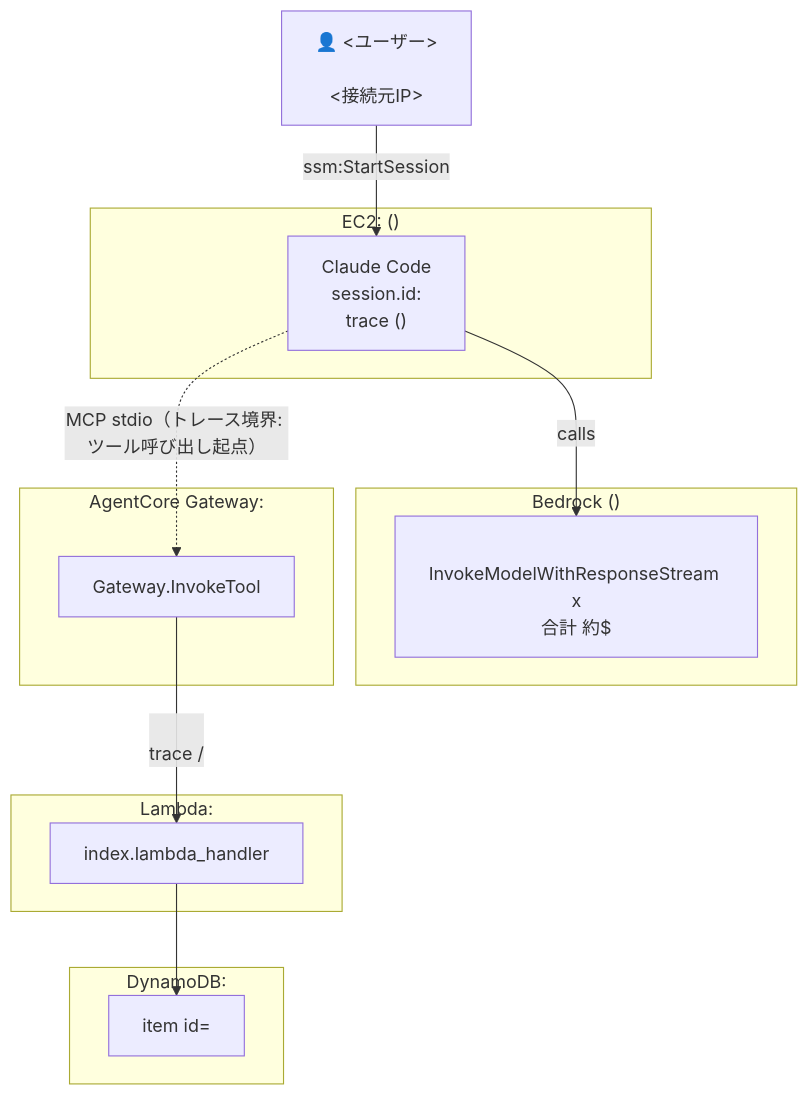
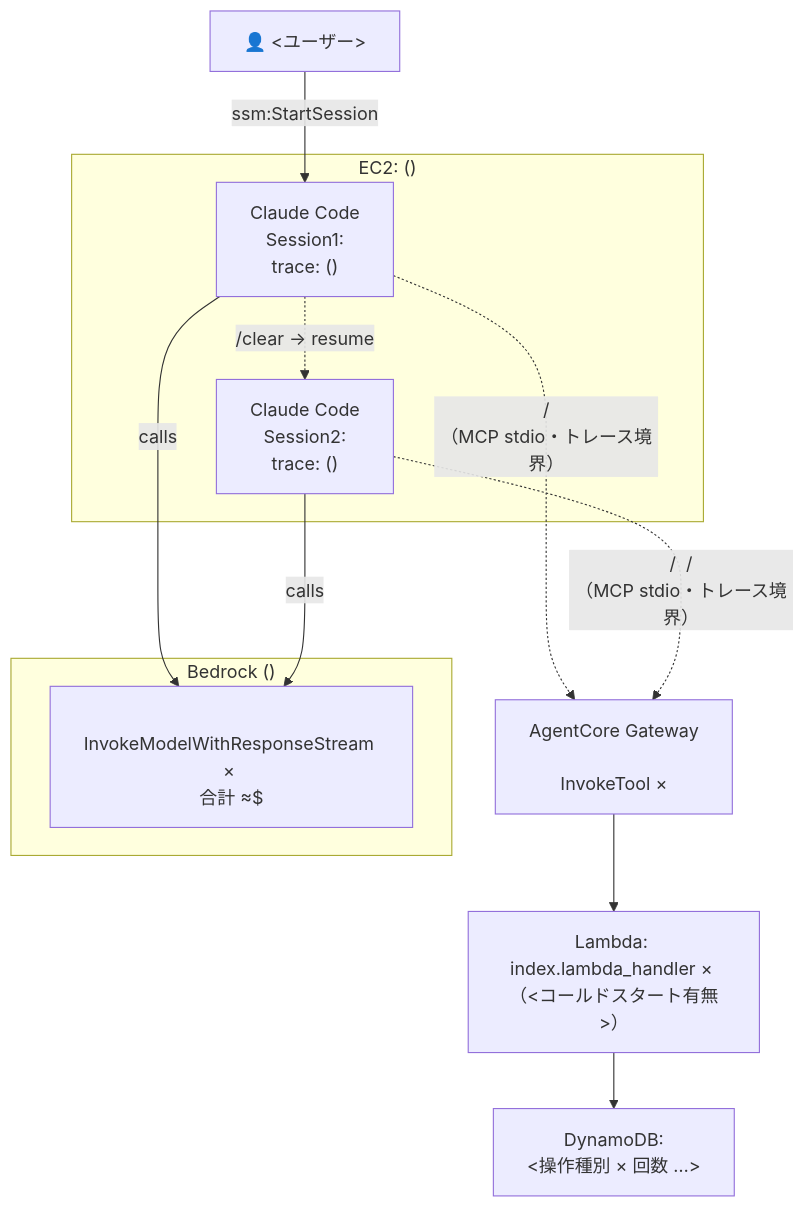
Before and after one commit to mahitotsu/faraday: the diagram in .claude/commands/investigate-session.md, drawn with Mermaid. The commit also changed other lines of this file, not shown here.

Commit message:
Update investigate-session skill: Mermaid diagram guidelines
- Gateway/Lambda/DynamoDB: use single node per resource (not per-invocation)
  so repeated access to the same resource is visually obvious; detail goes
  in the trace table
- Multi-session within SSM: CC1 -.-> CC2 ("/clear → resume") instead of
  User --> CC2 with ssm:StartSession (StartSession fires only once per SSM session)
- Update template example to reflect both patterns

````diff
--- a/.claude/commands/investigate-session.md
+++ b/.claude/commands/investigate-session.md
@@ -441,31 +443,28 @@
 ```mermaid
 graph TD
-    User["👤 <ユーザー><br/><IAMロール><br/><接続元IP>"]
+    User["👤 <ユーザー><br/><IAMロール>"]
 
     subgraph EC2["EC2: <instance-id> (<role-name>)"]
-        CC["Claude Code <version><br/>session.id: <resume-uuid><br/>trace <ec2-trace-id> (<duration>)"]
+        CC1["Claude Code <version><br/>Session1: <session-id1><br/>trace: <trace-id1> (<duration>)"]
+        CC2["Claude Code <version><br/>Session2: <session-id2><br/>trace: <trace-id2> (<duration>)"]
     end
 
     subgraph BedrockSvc["Bedrock (<region>)"]
-        BR["<model-id><br/>InvokeModelWithResponseStream x<N><br/>合計 約$<cost>"]
+        BR["<model-id><br/>InvokeModelWithResponseStream × <N><br/>合計 ≈$<cost>"]
     end
 
-    subgraph Gateway["AgentCore Gateway: <gateway-name>"]
-        GW["Gateway.InvokeTool"]
-    end
+    GW["AgentCore Gateway<br/><gateway-name><br/>InvokeTool × <N>"]
 
-    subgraph LambdaSvc["Lambda: <function-name>"]
-        LH["index.lambda_handler"]
-    end
+    LH["Lambda: <function-name><br/>index.lambda_handler × <N><br/>（<コールドスタート有無>）"]
 
-    subgraph DynamoDBSvc["DynamoDB: <table-name>"]
-        DDB["item id=<item-id>"]
-    end
+    DDB["DynamoDB: <table-name><br/><操作種別 × 回数 …>"]
 
-    User -->|"ssm:StartSession"| CC
-    CC -->|"<N> calls"| BR
-    CC -.->|"MCP stdio（トレース境界: ツール呼び出し起点）"| GW
+    User -->|"ssm:StartSession"| CC1
+    CC1 -.->|"/clear → resume"| CC2
+    CC1 -->|"<N> calls"| BR
+    CC2 -->|"<N> calls"| BR
+    CC1 -.->|"<tool1> / <tool2><br/>（MCP stdio・トレース境界）"| GW
+    CC2 -.->|"<tool3> / <tool4> / <tool5><br/>（MCP stdio・トレース境界）"| GW
 
-    GW -->|"<tool><br/>trace <trace-id> / <duration>"| LH
-    LH -->|"<DynamoDB操作> <duration>"| DDB
+    GW --> LH --> DDB
 ```
````
